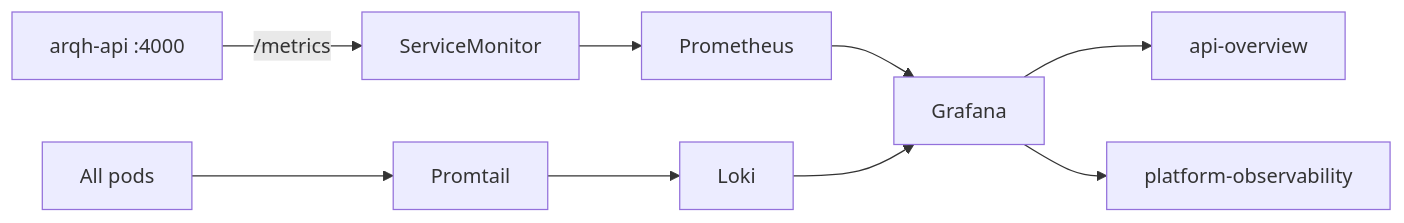
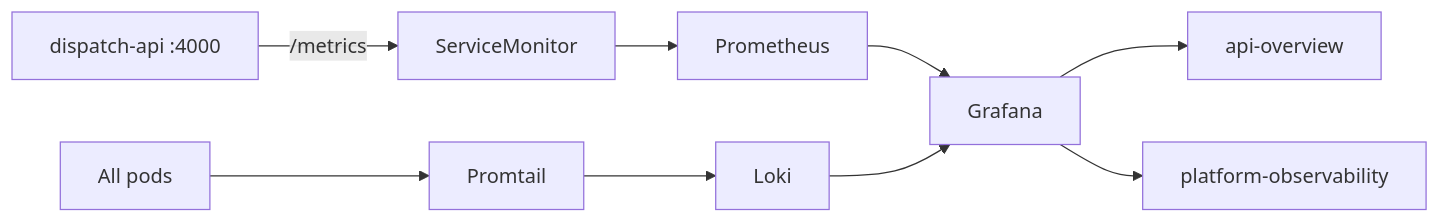
The sixth of 12 diagrams in README.md (eqan/Scalable-Fleet-Dispatcher), drawn with Mermaid before and after one commit. The commit also changed other lines of this file and 75 other files, not shown here.

````diff
--- a/README.md
+++ b/README.md
@@ -439,11 +439,11 @@
 ```mermaid
 flowchart LR
-  API["arqh-api :4000"] -->|"/metrics"| SM["ServiceMonitor"]
+  API["dispatch-api :4000"] -->|"/metrics"| SM["ServiceMonitor"]
   SM --> PROM["Prometheus"]
   PODS["All pods"] --> PT["Promtail"]
   PT --> LOKI["Loki"]
   PROM --> GRAF["Grafana"]
   LOKI --> GRAF
   GRAF --> D1["api-overview"]
   GRAF --> D2["platform-observability"]
 ```
````
